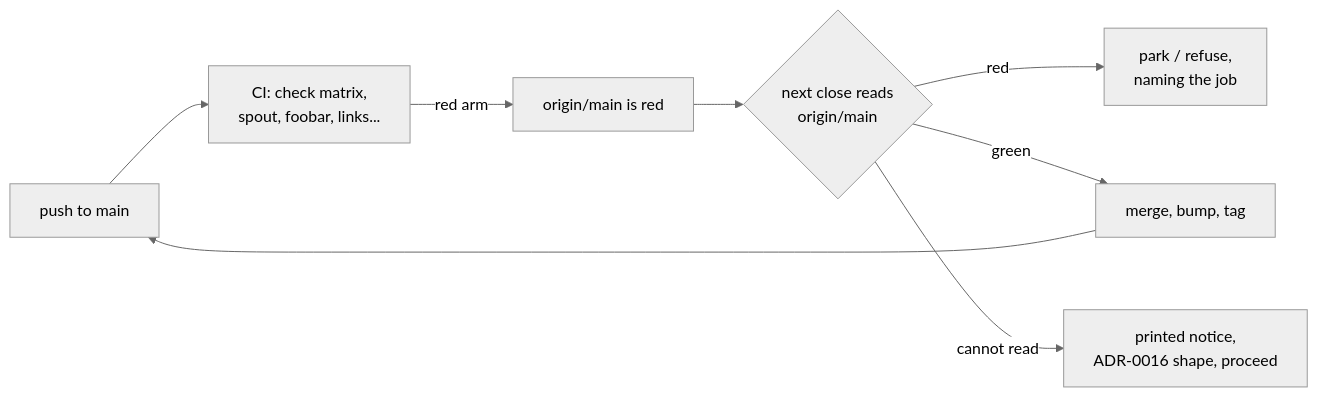
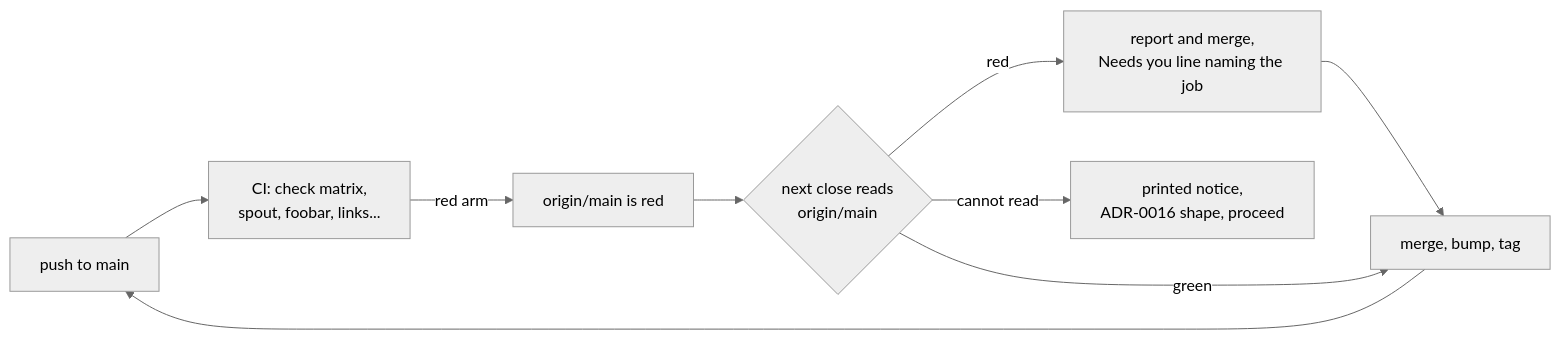
The diagram in docs/plans/0227-the-gated-paths-get-their-jobs-and-a-red-upstream-stops-the-close.md (IgorKonovalov/Ritmolux), drawn with Mermaid (neutral theme) before and after one commit. The commit also changed other lines of this file, not shown here.

Commit message:
docs(plans): 0227 flowchart and followups drop the withdrawn refusal

````diff
--- a/docs/plans/0227-the-gated-paths-get-their-jobs-and-a-red-upstream-stops-the-close.md
+++ b/docs/plans/0227-the-gated-paths-get-their-jobs-and-a-red-upstream-stops-the-close.md
@@ -59,10 +59,11 @@
 ```mermaid
 flowchart LR
   push["push to main"] --> ci["CI: check matrix,<br/>spout, foobar, links..."]
   ci -->|red arm| origin["origin/main is red"]
   origin --> close{"next close reads<br/>origin/main"}
-  close -->|red| park["park / refuse,<br/>naming the job"]
+  close -->|red| report["report and merge,<br/>Needs you line naming the job"]
+  report --> merge
   close -->|green| merge["merge, bump, tag"]
   close -->|cannot read| notice["printed notice,<br/>ADR-0016 shape, proceed"]
   merge --> push
 ```
````
